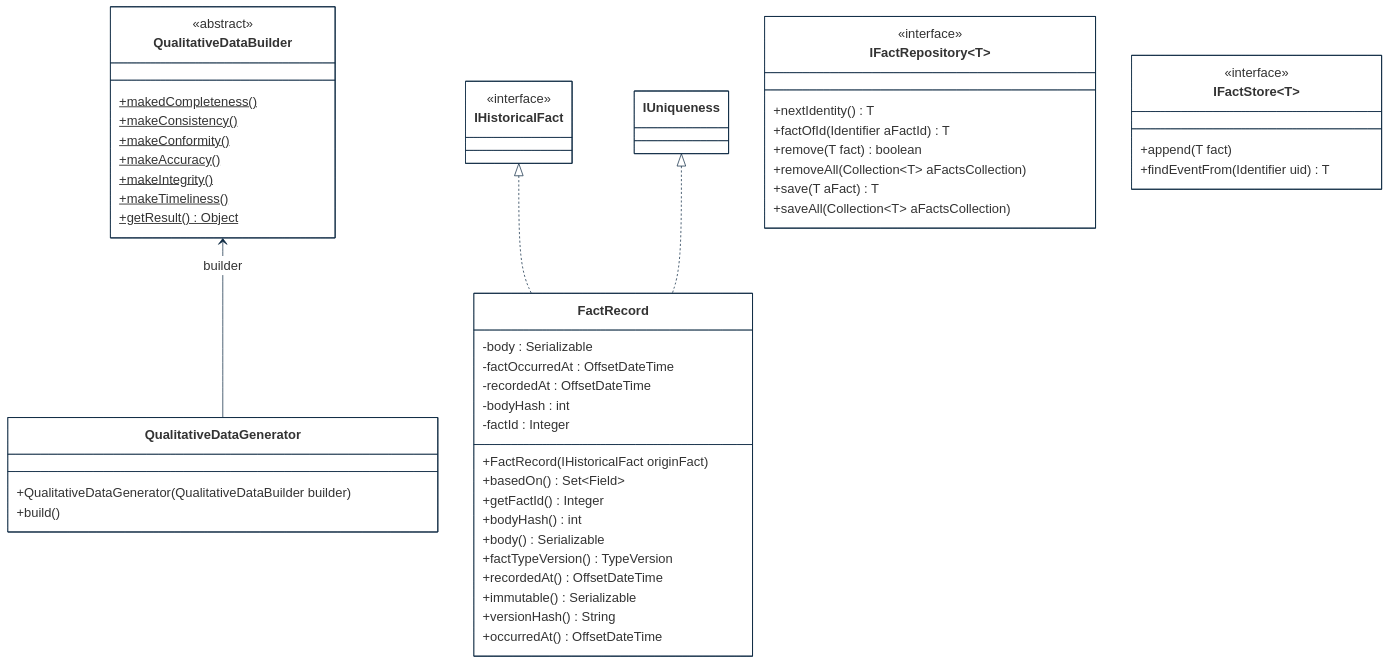
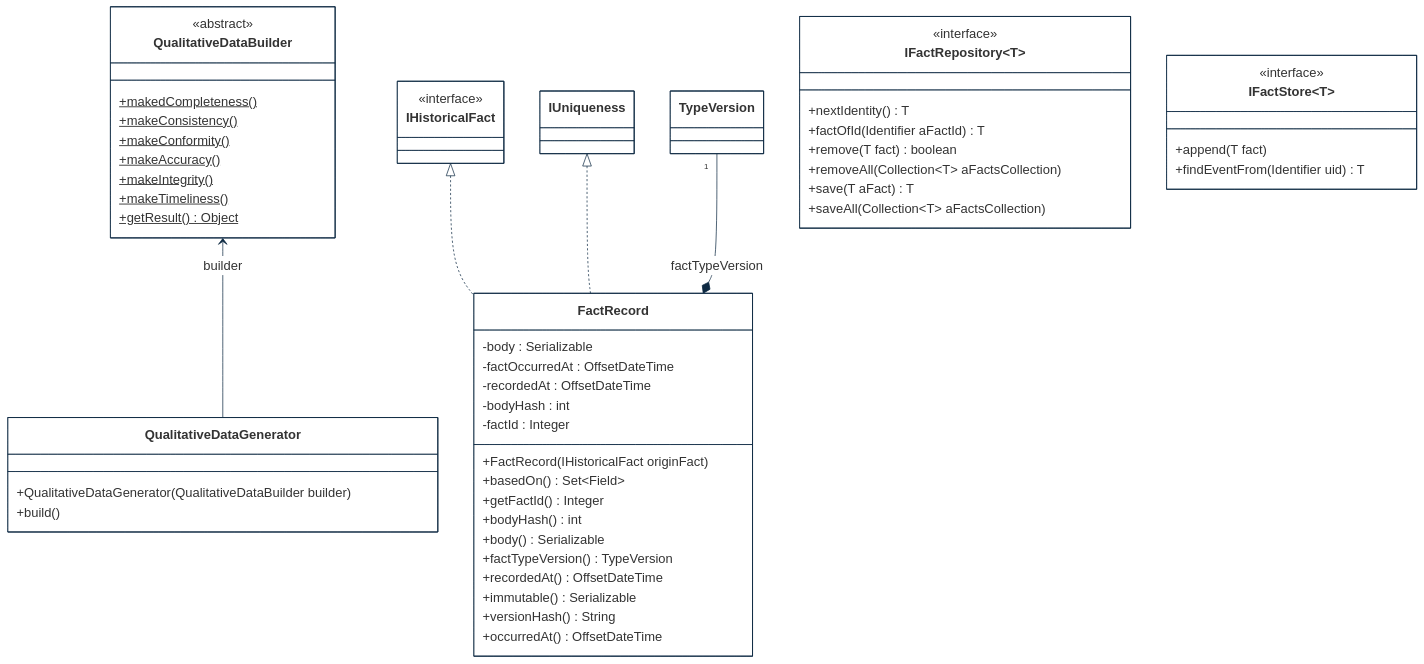
The second of 4 diagrams in implementations-line/framework/immutable/designview-packages.md (cybnity/foundation), drawn with Mermaid before and after one commit.

````diff
--- a/implementations-line/framework/immutable/designview-packages.md
+++ b/implementations-line/framework/immutable/designview-packages.md
@@ -94,73 +93,74 @@
 ```mermaid
 %%{
   init: {
     'theme': 'base',
     'themeVariables': {
         'background': '#ffffff',
         'fontFamily': 'arial',
         'fontSize': '18px',
         'primaryColor': '#fff',
         'primaryBorderColor': '#0e2a43',
         'secondaryBorderColor': '#0e2a43',
         'tertiaryBorderColor': '#0e2a43',
         'edgeLabelBackground':'#0e2a43',
         'lineColor': '#0e2a43',
         'tertiaryColor': '#fff'
     }
   }
 }%%
 classDiagram
     QualitativeDataBuilder <-- QualitativeDataGenerator : builder
     IHistoricalFact <|.. FactRecord
     IUniqueness <|.. FactRecord
+    TypeVersion "1" --* FactRecord : factTypeVersion
 
     class IHistoricalFact {
         <<interface>>
     }
     class FactRecord {
         -body : Serializable
         -factOccurredAt : OffsetDateTime
         -recordedAt : OffsetDateTime
         -bodyHash : int
         -factId : Integer
         +FactRecord(IHistoricalFact originFact)
         +basedOn() Set~Field~
         +getFactId() Integer
         +bodyHash() int
         +body() Serializable
         +factTypeVersion() TypeVersion
         +recordedAt() OffsetDateTime
         +immutable() Serializable
         +versionHash() String
         +occurredAt() OffsetDateTime
     }
     class IFactRepository~T~ {
         <<interface>>
         +nextIdentity() T
         +factOfId(Identifier aFactId) T
         +remove(T fact) boolean
         +removeAll(Collection~T~ aFactsCollection)
         +save(T aFact) T
         +saveAll(Collection~T~ aFactsCollection)
     }
     class IFactStore~T~ {
         <<interface>>
         +append(T fact)
         +findEventFrom(Identifier uid) T
     }
     class QualitativeDataBuilder {
         <<abstract>>
         +makedCompleteness()$
         +makeConsistency()$
         +makeConformity()$
         +makeAccuracy()$
         +makeIntegrity()$
         +makeTimeliness()$
         +getResult()$ Object
     }
     class QualitativeDataGenerator {
         +QualitativeDataGenerator(QualitativeDataBuilder builder)
         +build()
     }
 
 ```
````
